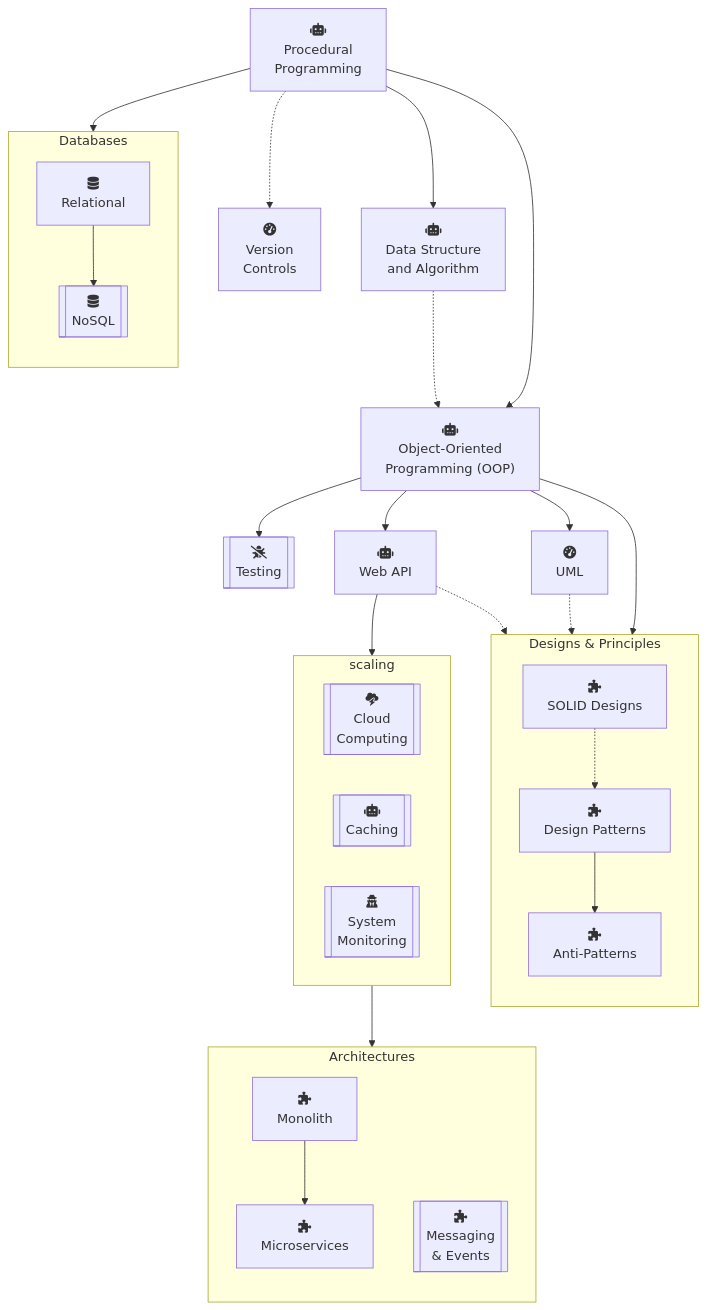
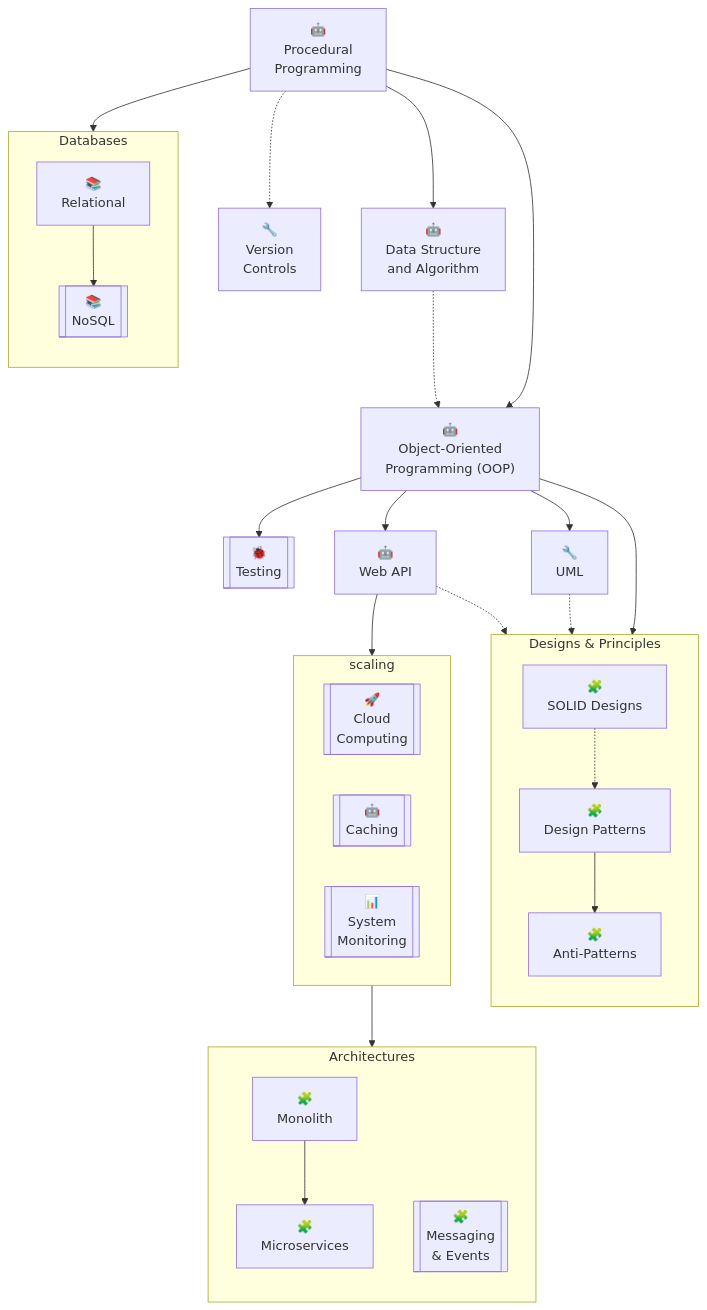
Before and after one commit to saladpuk/edu: the fourth of 4 diagrams in src/pages/roadmap.md, drawn with Mermaid. The commit also changed other lines of this file and 5 other files, not shown here.

````diff
--- a/src/pages/roadmap.md
+++ b/src/pages/roadmap.md
@@ -53,51 +53,51 @@
 ```mermaid
 flowchart
-    procedural[fa:fa-robot\nProcedural\nProgramming]-->database
-    procedural-.->VersionControls[fa:fa-gauge-high\nVersion\nControls]
-    procedural-->algorithm[fa:fa-robot\nData Structure\nand Algorithm]
-    procedural-->oop["fa:fa-robot\nObject-Oriented\nProgramming (OOP)"]
+    procedural[🤖\nProcedural\nProgramming]-->database
+    procedural-.->VersionControls[🔧\nVersion\nControls]
+    procedural-->algorithm[🤖\nData Structure\nand Algorithm]
+    procedural-->oop["🤖\nObject-Oriented\nProgramming (OOP)"]
     algorithm-.->oop
-    oop-->testing[[fa:fa-bug-slash\nTesting]]
-    oop-->uml[fa:fa-gauge-high\nUML]
+    oop-->testing[[🐞\nTesting]]
+    oop-->uml[🔧\nUML]
     oop-->design
     uml-.->design
-    oop-->api[fa:fa-robot\nWeb API]
+    oop-->api[🤖\nWeb API]
     api-->scaling
     scaling-->architecture
     api-.->design
 
     %% api-->security[Security]
     %% api-->docker[Docker]
     %% api-.->testing
 
     subgraph design[Designs & Principles]
         direction TB
-        solid[fa:fa-puzzle-piece\nSOLID Designs]-.->design-patterns[fa:fa-puzzle-piece\nDesign Patterns]-->anti-patterns[fa:fa-puzzle-piece\nAnti-Patterns]
+        solid[🧩\nSOLID Designs]-.->design-patterns[🧩\nDesign Patterns]-->anti-patterns[🧩\nAnti-Patterns]
 
-        %% ddd[fa:fa-puzzle-piece\nDomain Driven Design]
-        %% tdd[fa:fa-puzzle-piece\nTest Driven Development]
-        %% clean[fa:fa-puzzle-piece\nClean Architecture]
-        %% cqrs[fa:fa-puzzle-piece\nCQRS]
+        %% ddd[🧩\nDomain Driven Design]
+        %% tdd[🧩\nTest Driven Development]
+        %% clean[🧩\nClean Architecture]
+        %% cqrs[🧩\nCQRS]
     end
 
 
     subgraph database[Databases]
         direction TB
-        relational-db[fa:fa-database\nRelational]
-        relational-db-->NoSQL[[fa:fa-database\nNoSQL]]
+        relational-db[📚\nRelational]
+        relational-db-->NoSQL[[📚\nNoSQL]]
     end
 
     subgraph scaling
-        cloud[[fa:fa-cloud-bolt\nCloud\nComputing]]
-        caching[[fa:fa-robot\nCaching]]
-        monitoring[[fa:fa-user-secret\nSystem\nMonitoring]]
+        cloud[[🚀\nCloud\nComputing]]
+        caching[[🤖\nCaching]]
+        monitoring[[📊\nSystem\nMonitoring]]
     end
 
     subgraph architecture[Architectures]
         direction TB
-        monolith[fa:fa-puzzle-piece\nMonolith]-->microservices[fa:fa-puzzle-piece\nMicroservices]
-        messaging[[fa:fa-puzzle-piece\nMessaging\n& Events]]
+        monolith[🧩\nMonolith]-->microservices[🧩\nMicroservices]
+        messaging[[🧩\nMessaging\n& Events]]
 
         %% Serverless
     end
 ```
````
